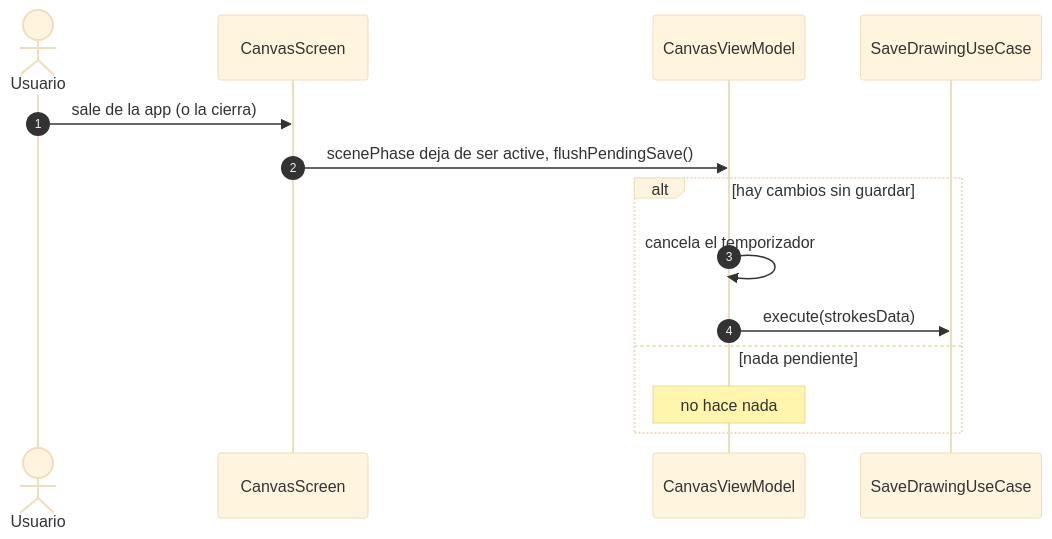
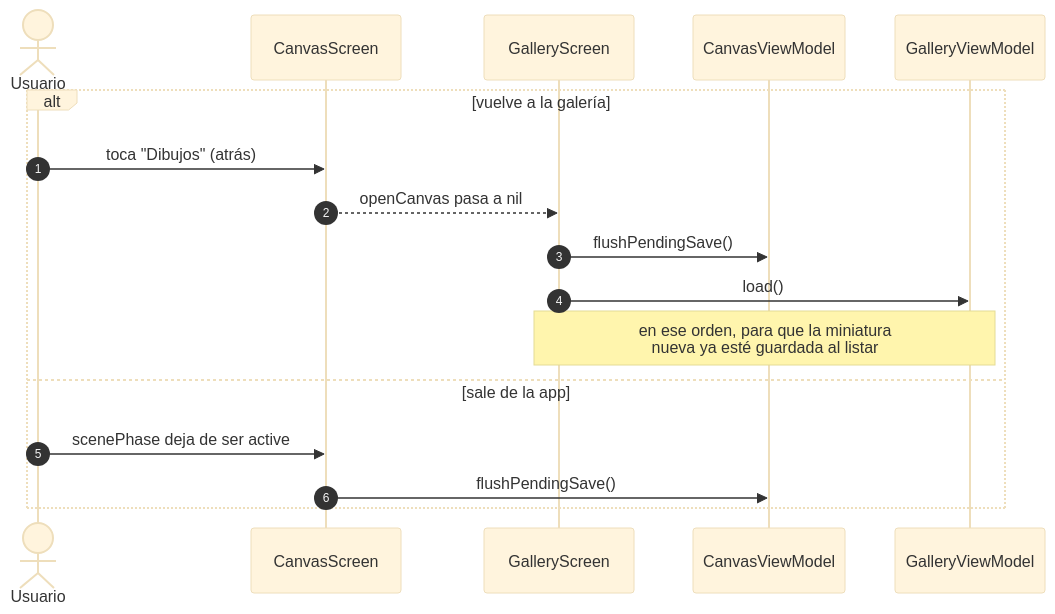
The sixth of 8 diagrams in docs/arquitectura.md (jhonjairo6230/DrawPad), drawn with Mermaid (base theme) before and after one commit. The commit also changed other lines of this file and 6 other files, not shown here.

First line of the commit message:
Documentar la galería y la base de datos SwiftData

````diff
--- a/docs/arquitectura.md
+++ b/docs/arquitectura.md
@@ -273,17 +371,20 @@
 ```mermaid
 sequenceDiagram
     autonumber
     actor U as Usuario
     participant V as CanvasScreen
+    participant G as GalleryScreen
     participant VM as CanvasViewModel
-    participant UC as SaveDrawingUseCase
+    participant GVM as GalleryViewModel
 
-    U->>V: sale de la app (o la cierra)
-    V->>VM: scenePhase deja de ser active, flushPendingSave()
-    alt hay cambios sin guardar
-        VM->>VM: cancela el temporizador
-        VM->>UC: execute(strokesData)
-    else nada pendiente
-        Note over VM: no hace nada
+    alt vuelve a la galería
+        U->>V: toca "Dibujos" (atrás)
+        V-->>G: openCanvas pasa a nil
+        G->>VM: flushPendingSave()
+        G->>GVM: load()
+        Note over G,GVM: en ese orden, para que la miniatura<br/>nueva ya esté guardada al listar
+    else sale de la app
+        U->>V: scenePhase deja de ser active
+        V->>VM: flushPendingSave()
     end
 ```
````
